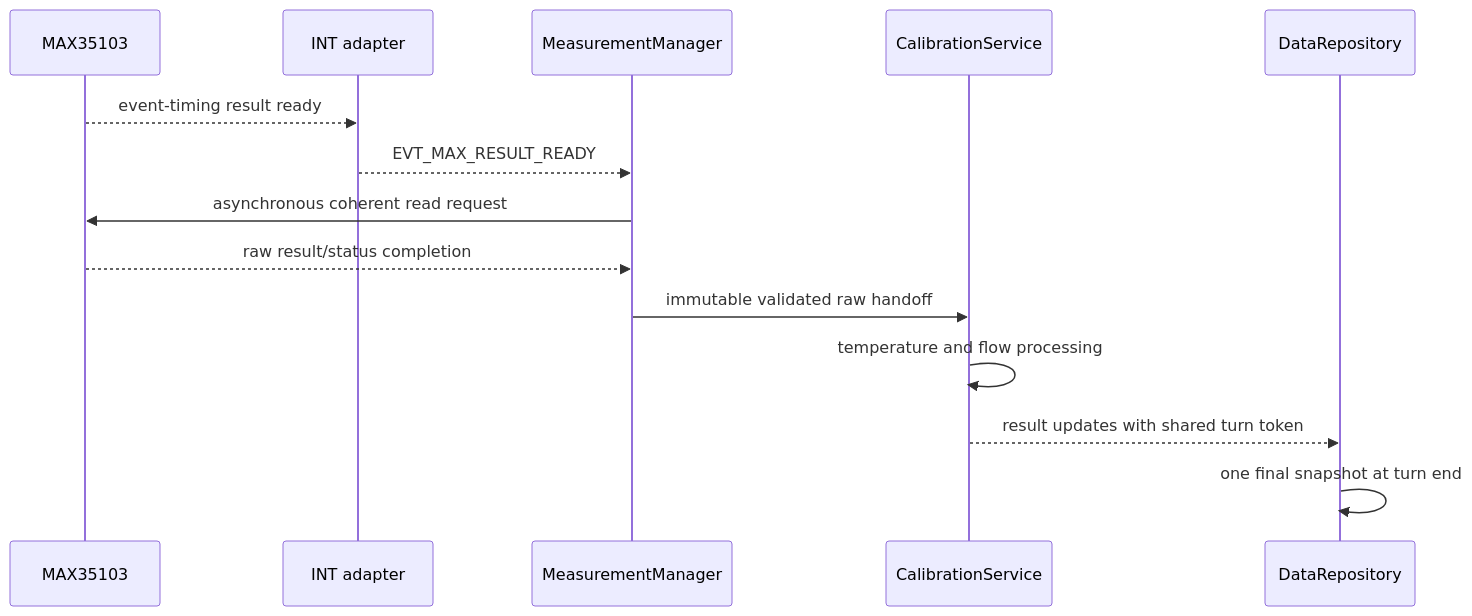
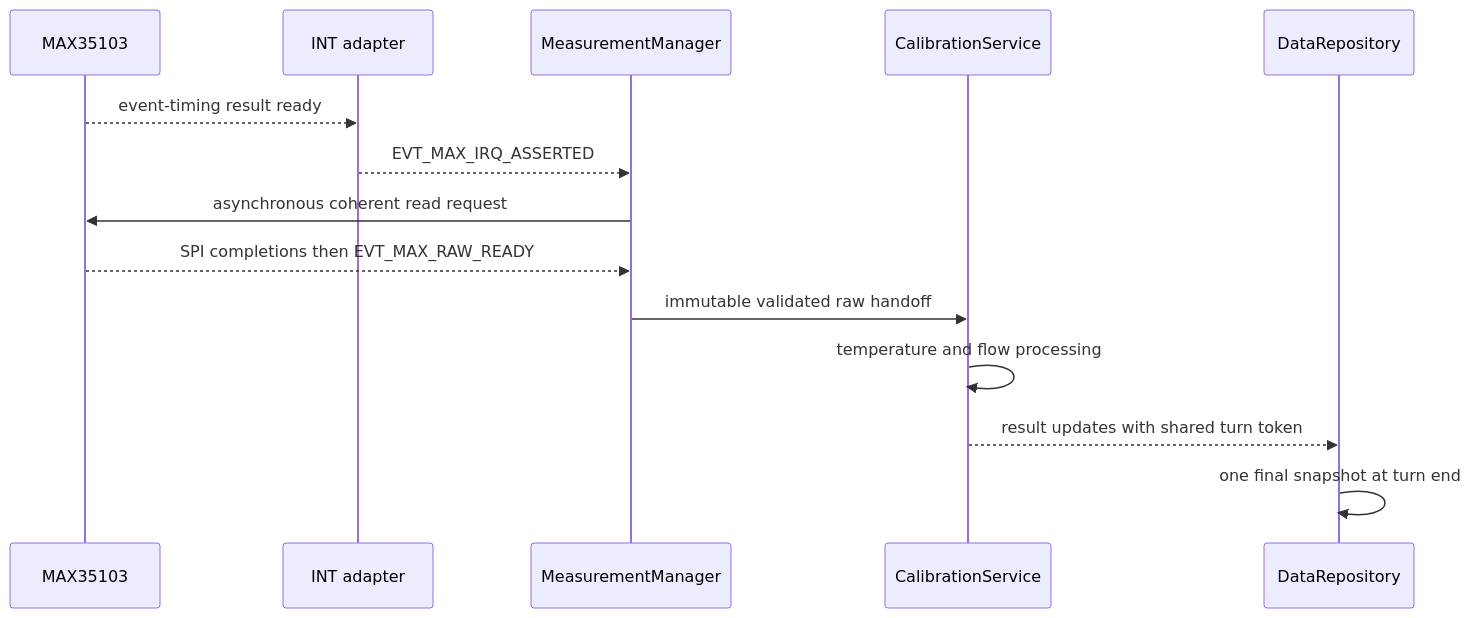
The third of 4 diagrams in 1.docs/05_firmware/10_measurement/10_measurement_cycle.md (whoisLePhuc/smart-water-flow-pressure-monitor), drawn with Mermaid before and after one commit. The commit also changed other lines of this file and 11 other files, not shown here.

````diff
--- a/1.docs/05_firmware/10_measurement/10_measurement_cycle.md
+++ b/1.docs/05_firmware/10_measurement/10_measurement_cycle.md
@@ -569,17 +574,17 @@
 ```mermaid
 sequenceDiagram
     participant MAX as MAX35103
     participant IRQ as INT adapter
     participant MM as MeasurementManager
     participant CAL as CalibrationService
     participant REPO as DataRepository
 
     MAX-->>IRQ: event-timing result ready
-    IRQ-->>MM: EVT_MAX_RESULT_READY
+    IRQ-->>MM: EVT_MAX_IRQ_ASSERTED
     MM->>MAX: asynchronous coherent read request
-    MAX-->>MM: raw result/status completion
+    MAX-->>MM: SPI completions then EVT_MAX_RAW_READY
     MM->>CAL: immutable validated raw handoff
     CAL->>CAL: temperature and flow processing
     CAL-->>REPO: result updates with shared turn token
     REPO->>REPO: one final snapshot at turn end
 ```
````
